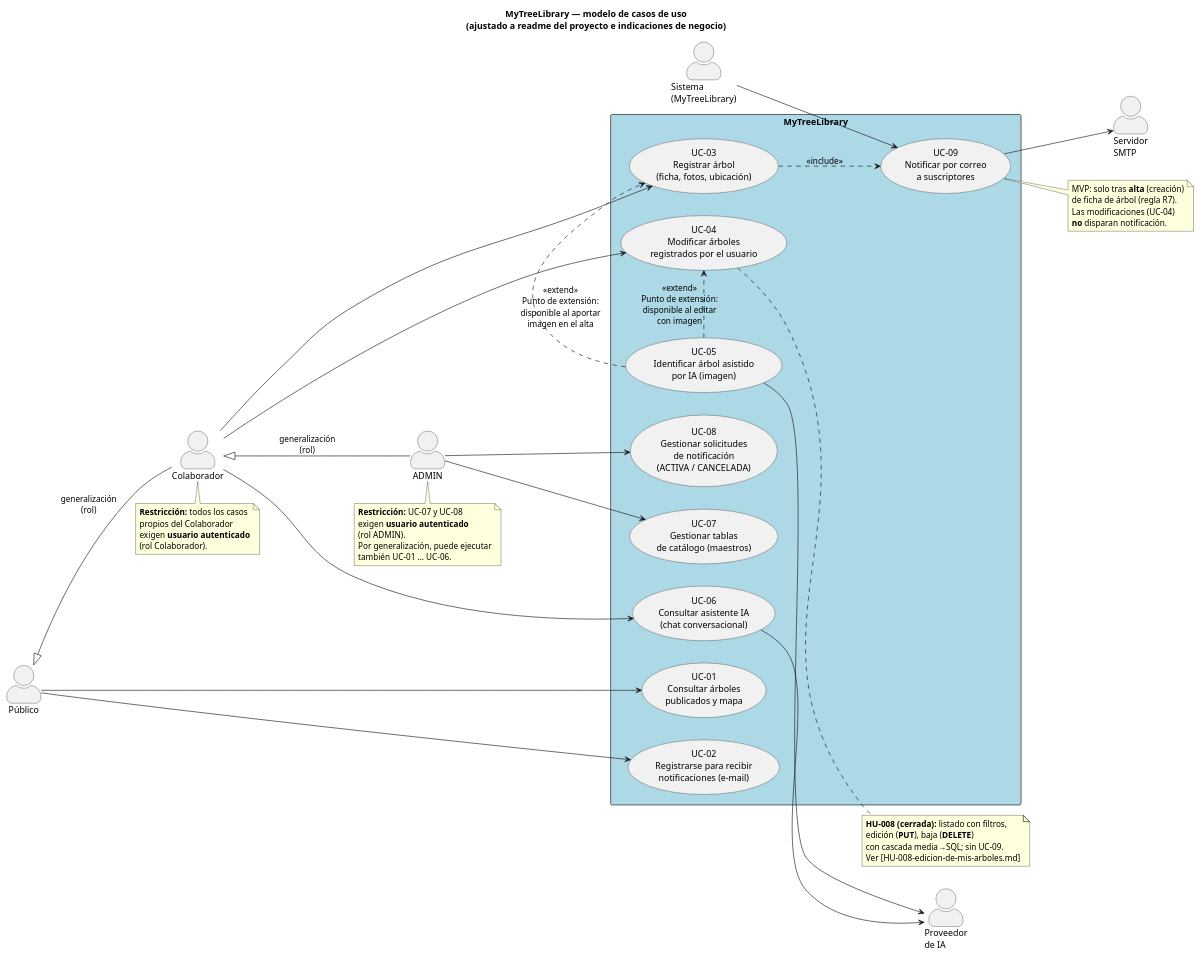
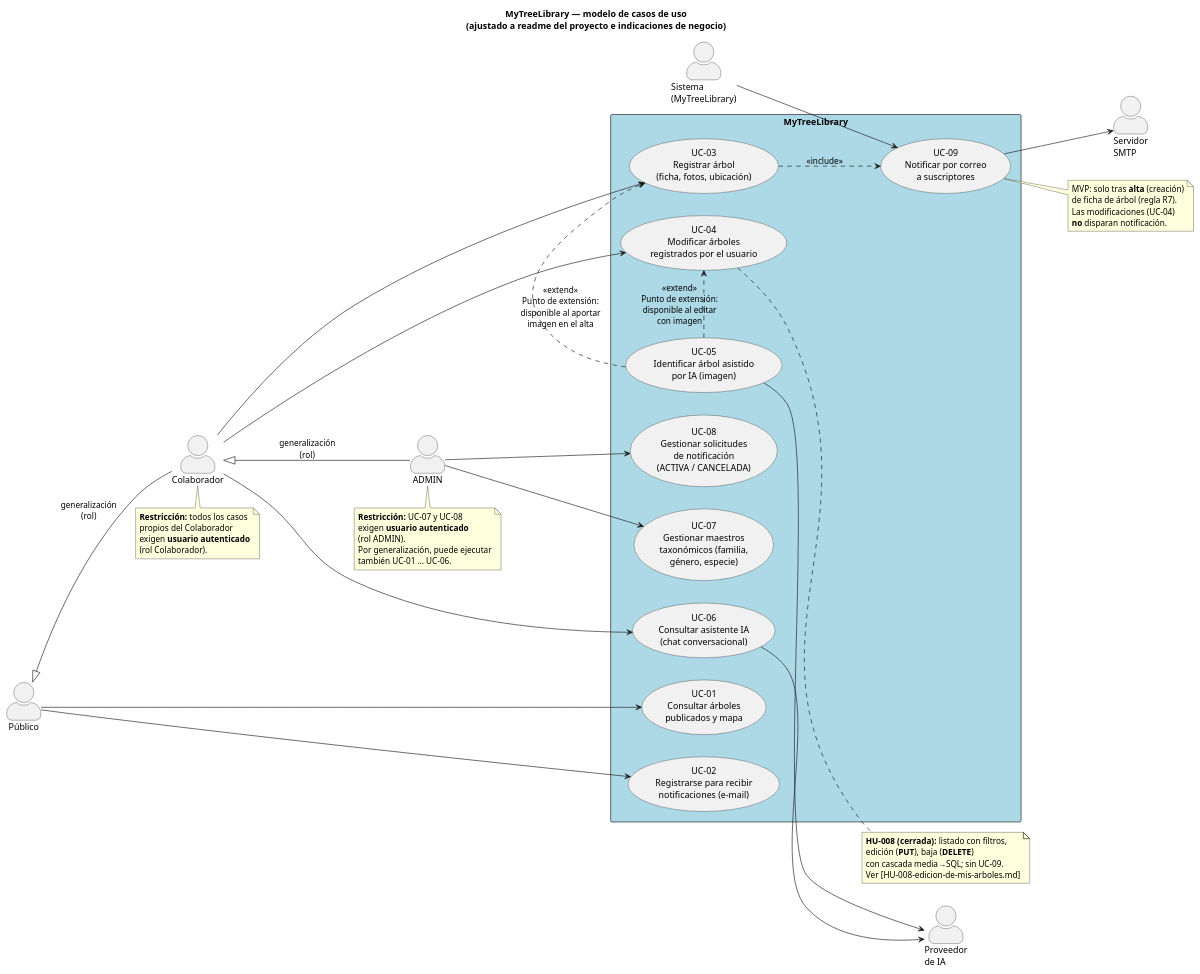
Before and after one commit to LIDR-academy/AI4Devs-finalproject: the diagram in docs/use-cases/use-case-model.puml, drawn with PlantUML. The commit also changed 72 other files, not shown here.

```diff
--- a/docs/use-cases/use-case-model.puml
+++ b/docs/use-cases/use-case-model.puml
@@ -1,88 +1,88 @@
 @startuml modelo_casos_uso_mtl
 title MyTreeLibrary — modelo de casos de uso\n(ajustado a readme del proyecto e indicaciones de negocio)
 
 skinparam packageStyle rectangle
 skinparam actorStyle awesome
 left to right direction
 
 actor "Público" as Publico
 actor "Colaborador" as Colaborador
 actor "ADMIN" as Admin
 actor "Sistema\n(MyTreeLibrary)" as Sistema
 actor "Proveedor\nde IA" as ProvIA
 actor "Servidor\nSMTP" as SMTP
 
 Publico <|-- Colaborador : generalización\n(rol)
 Colaborador <|-- Admin : generalización\n(rol)
 
 rectangle "MyTreeLibrary" #LightBlue {
   usecase "UC-01\nConsultar árboles\npublicados y mapa" as UC1
   usecase "UC-02\nRegistrarse para recibir\nnotificaciones (e-mail)" as UC2
 
   usecase "UC-03\nRegistrar árbol\n(ficha, fotos, ubicación)" as UC3
   usecase "UC-04\nModificar árboles\nregistrados por el usuario" as UC4
   usecase "UC-05\nIdentificar árbol asistido\npor IA (imagen)" as UC5
 
   usecase "UC-06\nConsultar asistente IA\n(chat conversacional)" as UC6
 
-  usecase "UC-07\nGestionar tablas\nde catálogo (maestros)" as UC7
+  usecase "UC-07\nGestionar maestros\ntaxonómicos (familia,\ngénero, especie)" as UC7
   usecase "UC-08\nGestionar solicitudes\nde notificación\n(ACTIVA / CANCELADA)" as UC8
 
   usecase "UC-09\nNotificar por correo\na suscriptores" as UC9
 }
 
 ' --- Público (sin autenticación) ---
 Publico --> UC1
 Publico --> UC2
 
 ' --- Colaborador (requiere autenticación; hereda Público) ---
 Colaborador --> UC3
 Colaborador --> UC4
 Colaborador --> UC6
 
 UC5 .> UC3 : <<extend>>\nPunto de extensión:\ndisponible al aportar\nimagen en el alta
 UC5 .> UC4 : <<extend>>\nPunto de extensión:\ndisponible al editar\ncon imagen
 
 note right of UC4
   **HU-008 (cerrada):** listado con filtros,
   edición (**PUT**), baja (**DELETE**)
   con cascada media→SQL; sin UC-09.
   Ver [HU-008-edicion-de-mis-arboles.md]
 end note
 
 ' --- ADMIN (requiere autenticación; hereda Colaborador) ---
 Admin --> UC7
 Admin --> UC8
 
 note bottom of Colaborador
   **Restricción:** todos los casos
   propios del Colaborador
   exigen **usuario autenticado**
   (rol Colaborador).
 end note
 
 note bottom of Admin
   **Restricción:** UC-07 y UC-08
   exigen **usuario autenticado**
   (rol ADMIN).
   Por generalización, puede ejecutar
   también UC-01 … UC-06.
 end note
 
 ' --- Notificaciones automáticas (sistema) ---
 Sistema --> UC9
 UC3 ..> UC9 : <<include>>
 
 note right of UC9
   MVP: solo tras **alta** (creación)
   de ficha de árbol (regla R7).
   Las modificaciones (UC-04)
   **no** disparan notificación.
 end note
 
 UC9 --> SMTP
 
 UC5 --> ProvIA
 UC6 --> ProvIA
 
 @enduml
```
